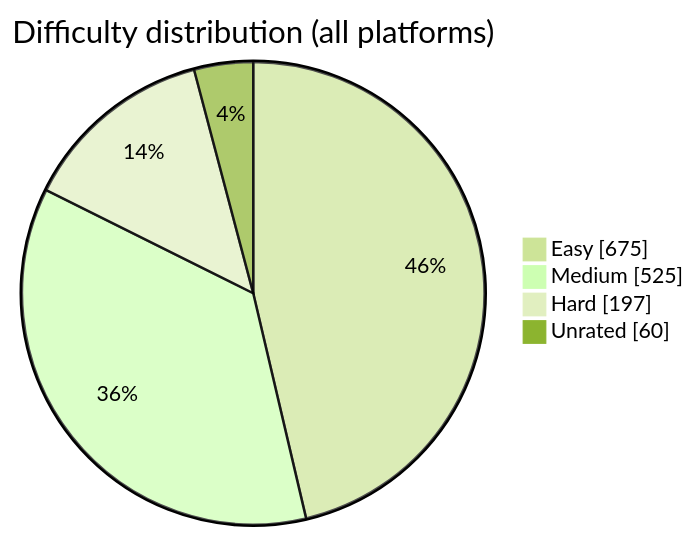
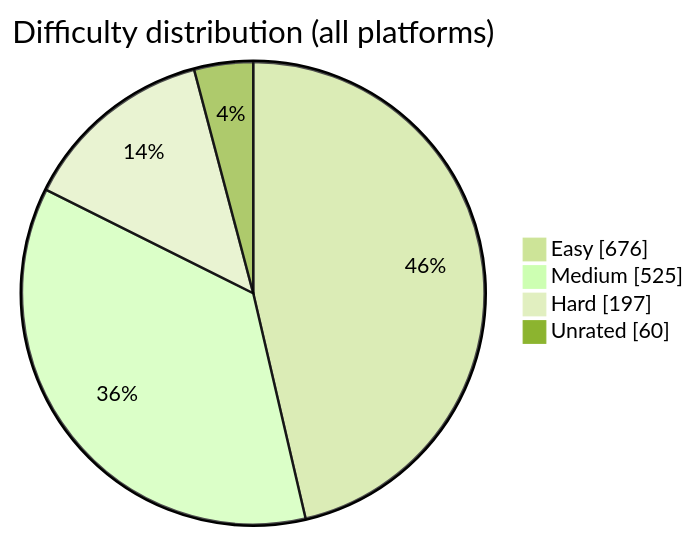
Before and after one commit to BuildbyArindam/Daily-Coding-Log: the diagram in README.md, drawn with Mermaid (forest theme). The commit also changed other lines of this file, not shown here.

````diff
--- a/README.md
+++ b/README.md
@@ -93,7 +93,7 @@
 ```mermaid
 pie showData title Difficulty distribution (all platforms)
-    "Easy" : 675
+    "Easy" : 676
     "Medium" : 525
     "Hard" : 197
     "Unrated" : 60
 ```
````
